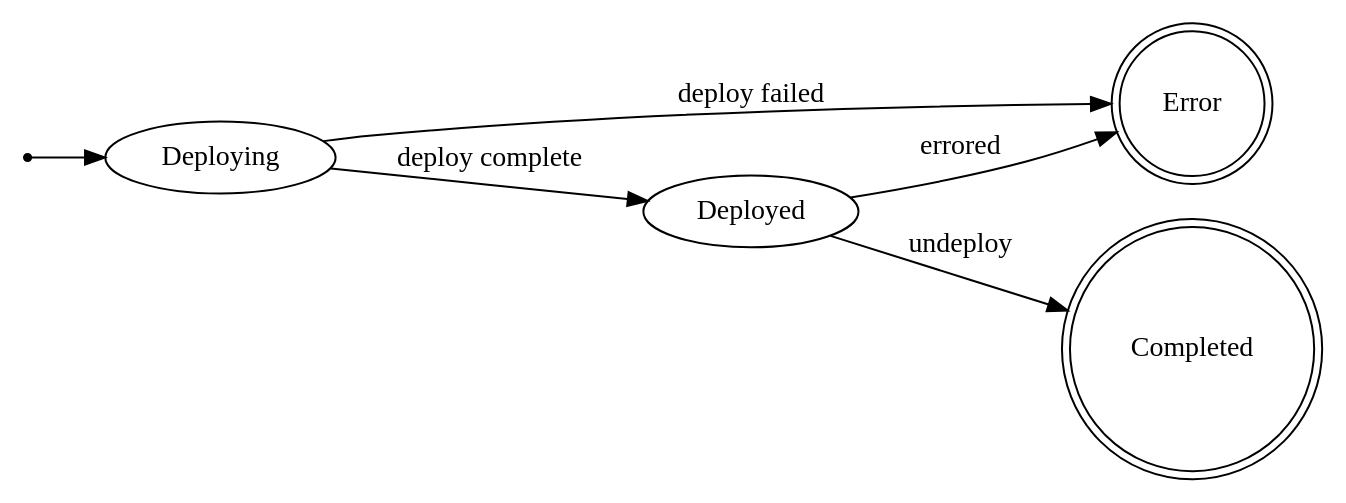
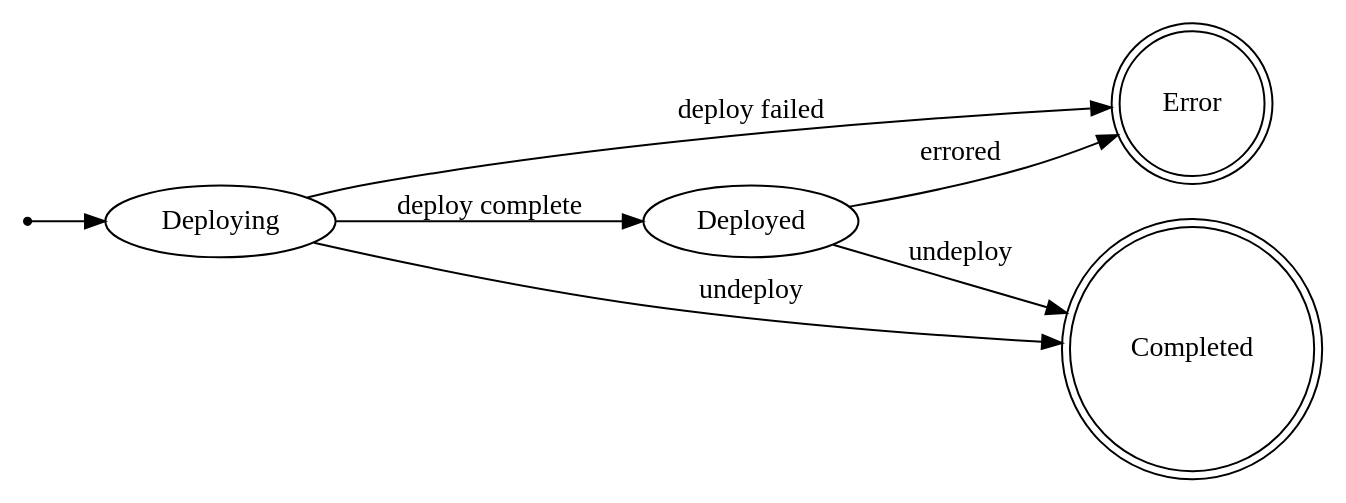
One commit to intel/crd-reconciler-for-kubernetes changed the diagram in cmd/stream-prediction-controller/docs/states.dot. Above: the diagram before and after it, drawn with Graphviz. The commit also changed 8 other files, not shown here.

```diff
--- a/cmd/stream-prediction-controller/docs/states.dot
+++ b/cmd/stream-prediction-controller/docs/states.dot
@@ -1,17 +1,18 @@
 digraph SPStates {
 
     rankdir = LR;
 
     node [shape = point]; init;
     node [shape = ellipse];
 
     Error     [shape = doublecircle];
     Completed [shape = doublecircle];
 
     init -> Deploying;
 
     Deploying -> Deployed  [label = "deploy complete"];
     Deploying -> Error     [label = "deploy failed"];
     Deployed  -> Completed [label = "undeploy"];
+    Deploying -> Completed [label = "undeploy"];
     Deployed  -> Error     [label = "errored"];
 }
```
